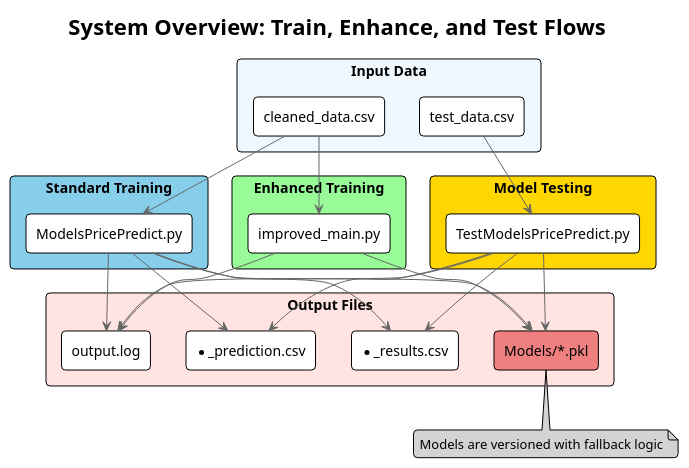
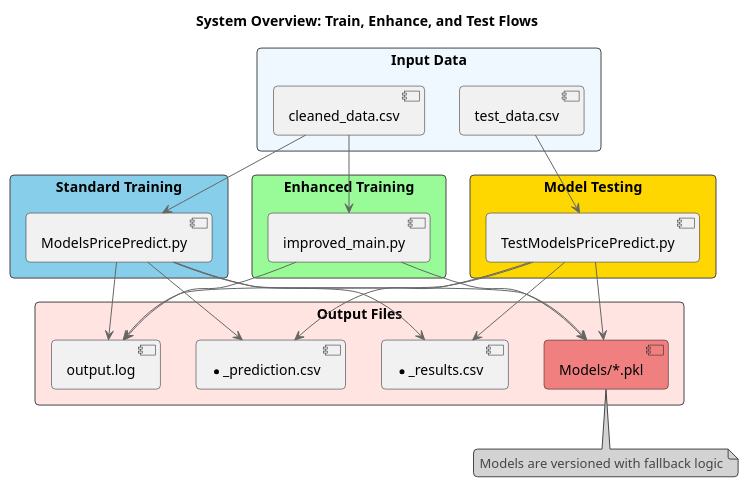
The diagram in overview.plantuml (wenchiehlee-investment/GoPublic), drawn with PlantUML before and after one commit. The commit also changed 2 other files, not shown here.

```diff
--- a/overview.plantuml
+++ b/overview.plantuml
@@ -1,55 +1,63 @@
 @startuml "System Overview"
-!theme plain
-skinparam backgroundColor white
+
+!theme toy
+Skinparam sequenceArrowThickness 1
+skinparam ParticipantPadding 7
+skinparam BoxPadding 10
+skinparam actorStyle awesome
+skinparam LegendBorderThickness 1
+skinparam backgroundColor transparent
+
 skinparam roundCorner 8
-skinparam componentStyle rectangle
 skinparam ArrowColor #666666
+skinparam ActivityBackgroundColor white
+skinparam ActivityBorderColor #666666
 
 title System Overview: Train, Enhance, and Test Flows
 
 rectangle "Input Data" as input #aliceblue {
   [cleaned_data.csv] as traindata
   [test_data.csv] as testdata
 }
 
 rectangle "Standard Training" as train #skyblue {
   [ModelsPricePredict.py] as trainscript
 }
 
 rectangle "Enhanced Training" as enhance #palegreen {
   [improved_main.py] as enhancedmain
 }
 
 rectangle "Model Testing" as test #gold {
   [TestModelsPricePredict.py] as testscript
 }
 
 rectangle "Output Files" as output #mistyrose {
   [Models/*.pkl] as models #lightcoral
   [*_results.csv] as results
   [*_prediction.csv] as predictions
   [output.log] as log
 }
 
 traindata --> trainscript
 traindata --> enhancedmain
 testdata --> testscript
 
 trainscript --> models
 trainscript --> results
 trainscript --> predictions
 trainscript --> log
 
 enhancedmain --> models
 enhancedmain --> log
 
 testscript --> results
 testscript --> predictions
 testscript --> log
 
 models <-- testscript
 
 note bottom of models #lightgrey
   Models are versioned with fallback logic
 end note
 @enduml
```
